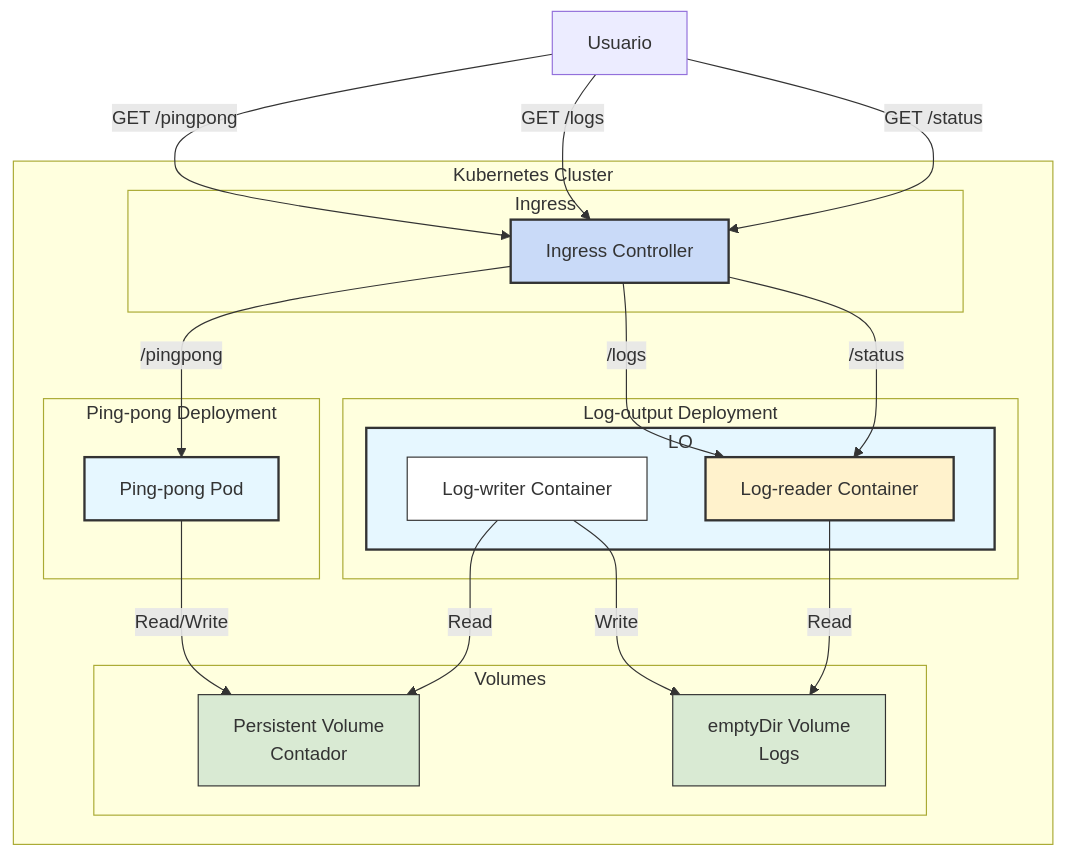
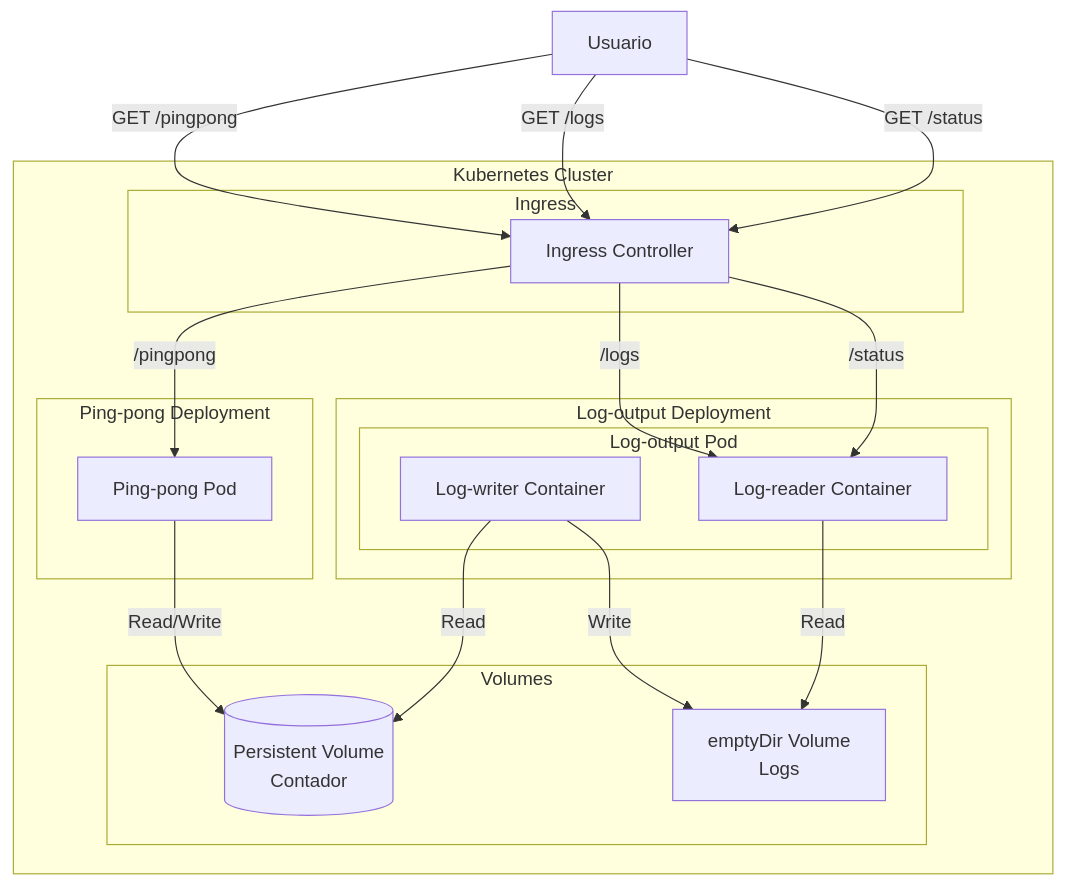
One commit to Yakovyakov/KubernetsSubmissions changed the diagram in log_output/README.md. Above: the diagram before and after it, drawn with Mermaid. The commit also changed other lines of this file, not shown here.

````diff
--- a/log_output/README.md
+++ b/log_output/README.md
@@ -152,55 +187,46 @@
   ```mermaid
     graph TD
       subgraph Kubernetes Cluster
           subgraph Ingress
               I[Ingress Controller]
           end
          
           subgraph Ping-pong Deployment
               PP[Ping-pong Pod]
           end
         
           subgraph Log-output Deployment
               LO[Log-output Pod]
-              subgraph LO
+              subgraph LO[Log-output Pod]
                   LW[Log-writer Container]
                   LR[Log-reader Container]
               end
           end
         
           subgraph Volumes
-              PV[Persistent Volume<br>Contador]
+              PV[(Persistent Volume<br>Contador)]
               LV[emptyDir Volume<br>Logs]
           end
       end
     
       User[Usuario] -->|GET /pingpong| I
       User -->|GET /logs| I
       User -->|GET /status| I
     
       I -->|/pingpong| PP
       I -->|/logs| LR
       I -->|/status| LR
     
       PP -->|Read/Write| PV
       LW -->|Read| PV
       LW -->|Write| LV
       LR -->|Read| LV
     
-      %% Endpoints específicos
-      style LR fill:#fff2cc,stroke:#333,stroke-width:2px
-      style I fill:#c9daf8,stroke:#333,stroke-width:2px
-  
-    
-      classDef pod fill:#e6f7ff,stroke:#333,stroke-width:2px;
-      classDef container fill:#fff,stroke:#333,stroke-width:1px;
-      classDef storage fill:#d9ead3,stroke:#333,stroke-width:1px;
-      classDef ingress fill:#c9daf8,stroke:#333,stroke-width:2px;
-      classDef legend fill:#f9f9f9,stroke:#ddd,stroke-width:1px;
+      
     
       class PP,LO pod;
       class LW,LR container;
       class PV,LV storage;
       class I ingress;
       class Legend legend;
   ```
````
